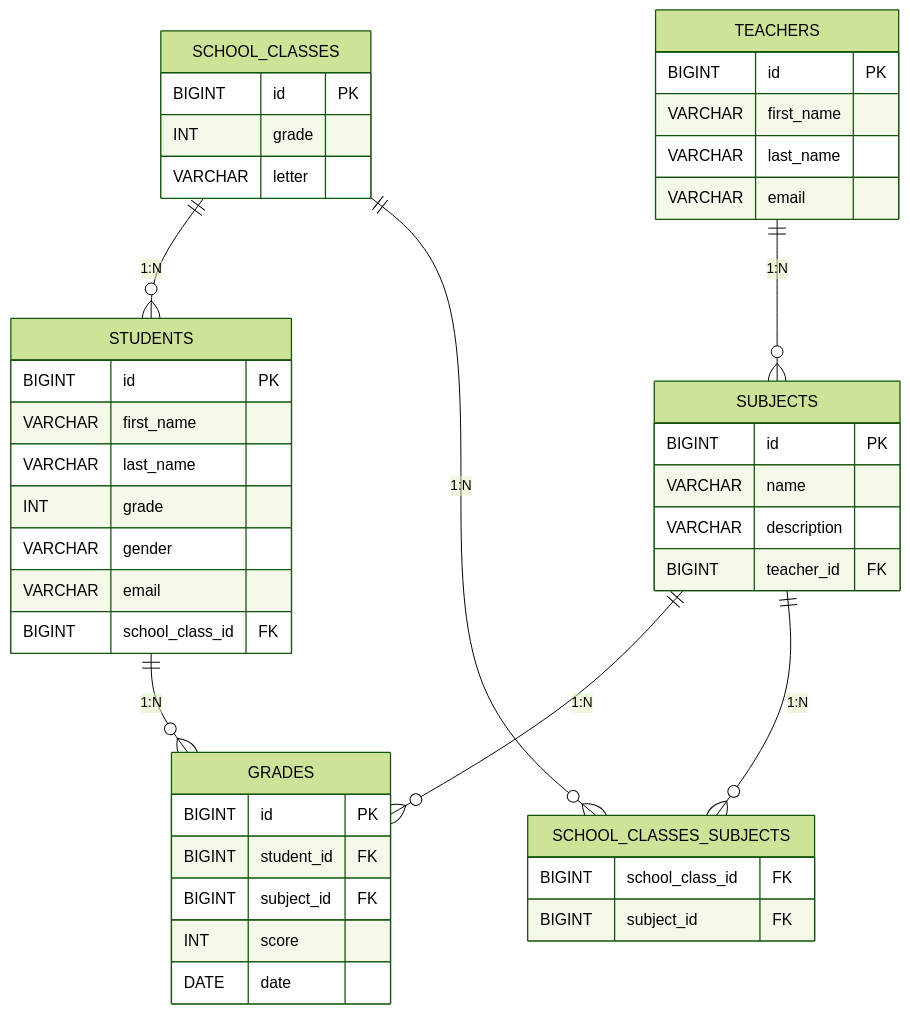
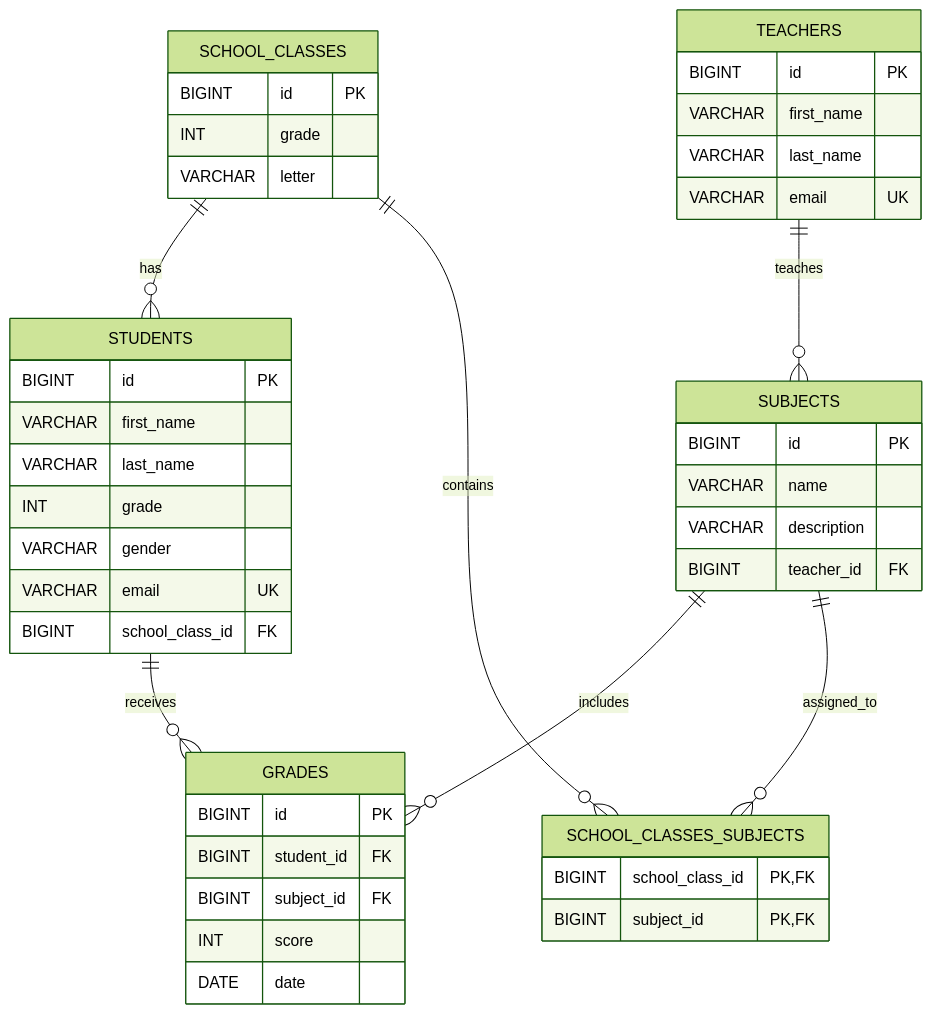
The diagram in README.md (tecris-unk/school-project), drawn with Mermaid (forest theme) before and after one commit.

````diff
--- a/README.md
+++ b/README.md
@@ -28,52 +28,52 @@
 ```mermaid
 erDiagram
-    SCHOOL_CLASSES ||--o{ STUDENTS : "1:N"
-    TEACHERS ||--o{ SUBJECTS : "1:N"
-    STUDENTS ||--o{ GRADES : "1:N"
-    SUBJECTS ||--o{ GRADES : "1:N"
-    SCHOOL_CLASSES ||--o{ SCHOOL_CLASSES_SUBJECTS : "1:N"
-    SUBJECTS ||--o{ SCHOOL_CLASSES_SUBJECTS : "1:N"
+    SCHOOL_CLASSES ||--o{ STUDENTS : has
+    TEACHERS ||--o{ SUBJECTS : teaches
+    STUDENTS ||--o{ GRADES : receives
+    SUBJECTS ||--o{ GRADES : includes
+    SCHOOL_CLASSES ||--o{ SCHOOL_CLASSES_SUBJECTS : contains
+    SUBJECTS ||--o{ SCHOOL_CLASSES_SUBJECTS : assigned_to
 
     SCHOOL_CLASSES {
         BIGINT id PK
         INT grade
         VARCHAR letter
     }
 
     STUDENTS {
         BIGINT id PK
         VARCHAR first_name
         VARCHAR last_name
         INT grade
         VARCHAR gender
-        VARCHAR email
+        VARCHAR email UK
         BIGINT school_class_id FK
     }
 
     TEACHERS {
         BIGINT id PK
         VARCHAR first_name
         VARCHAR last_name
-        VARCHAR email
+        VARCHAR email UK
     }
 
     SUBJECTS {
         BIGINT id PK
         VARCHAR name
         VARCHAR description
         BIGINT teacher_id FK
     }
 
     GRADES {
         BIGINT id PK
         BIGINT student_id FK
         BIGINT subject_id FK
         INT score
         DATE date
     }
 
     SCHOOL_CLASSES_SUBJECTS {
-        BIGINT school_class_id FK
-        BIGINT subject_id FK
+        BIGINT school_class_id PK, FK
+        BIGINT subject_id PK, FK
     }
 ```
````
